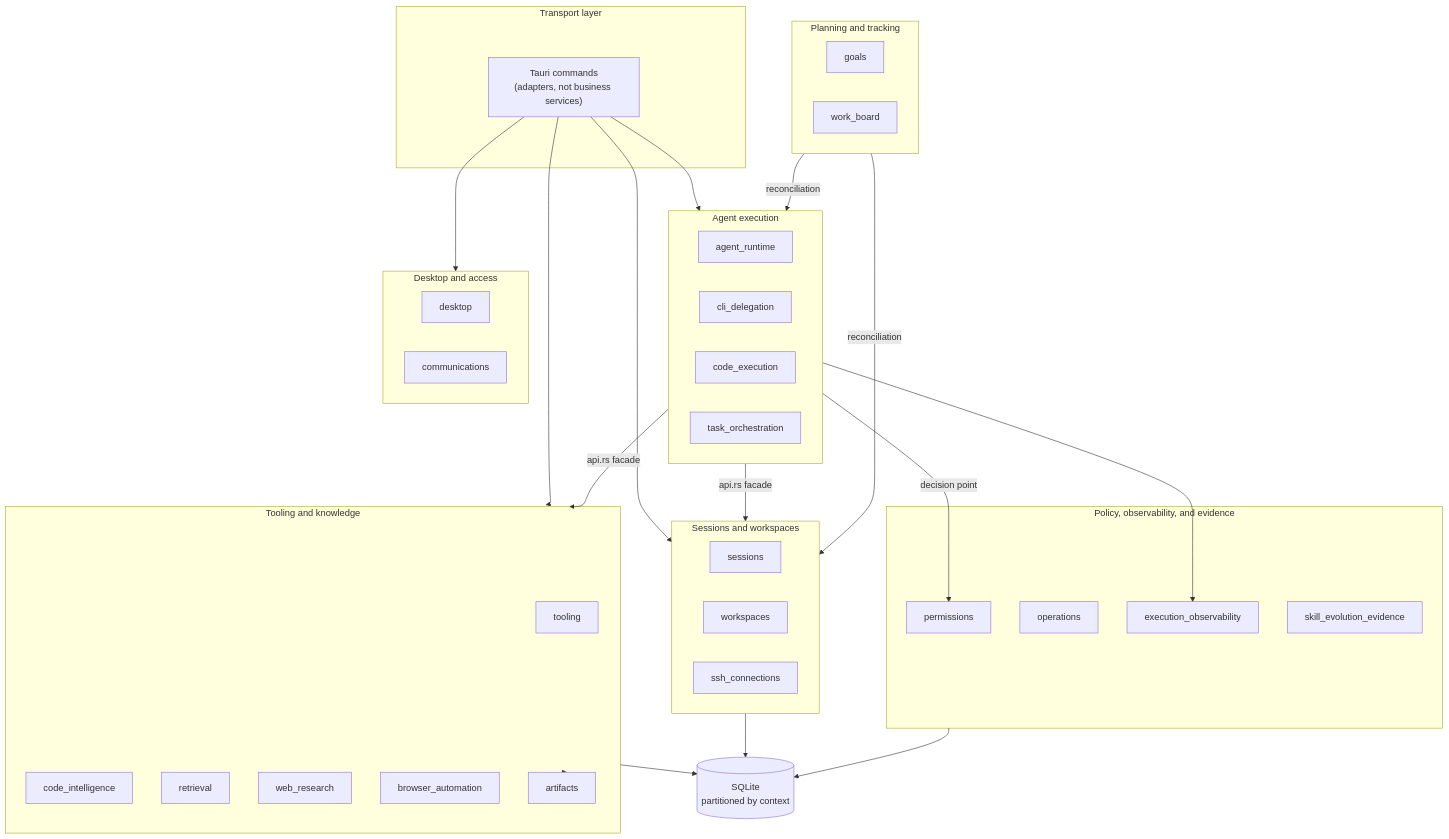
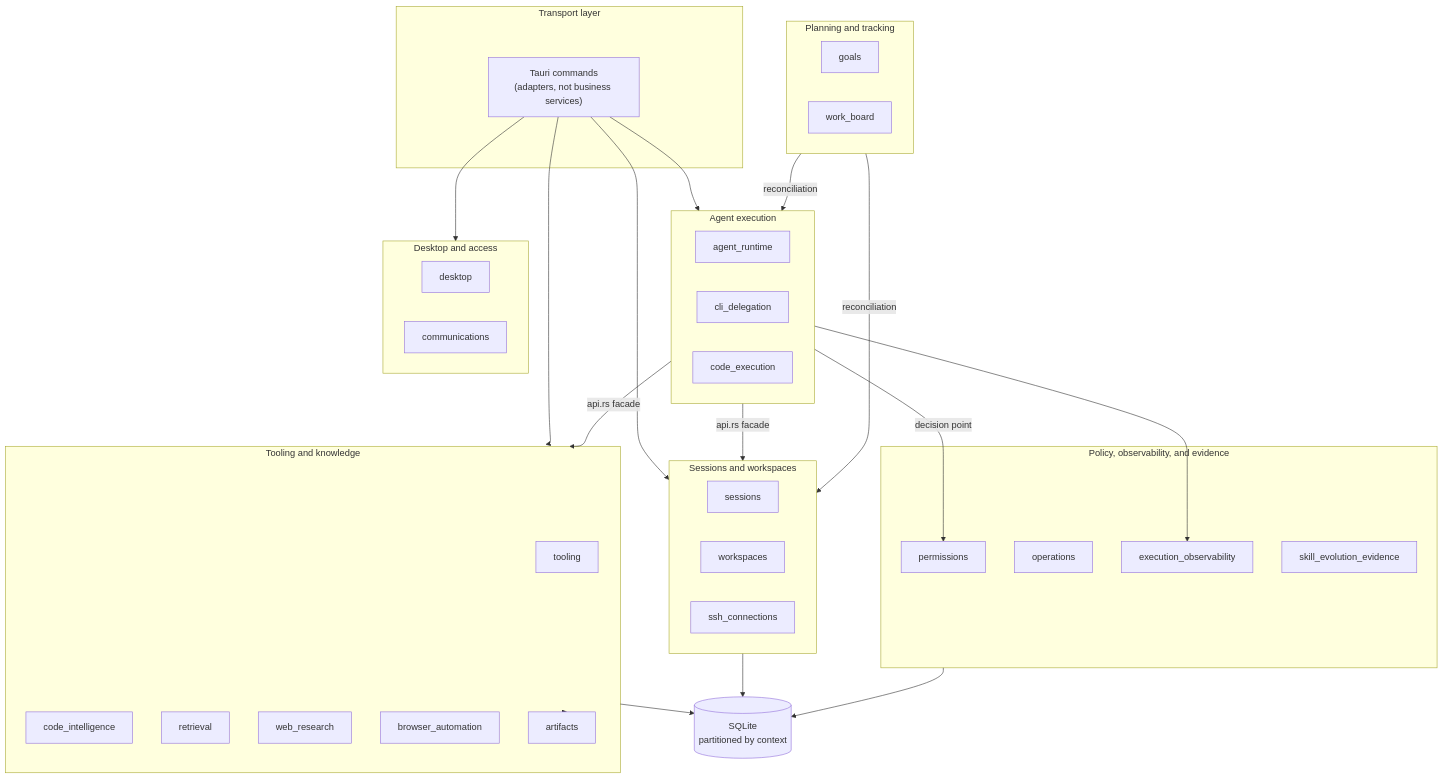
One commit to cdavid817/vanehub-ai changed the diagram in docs/developer-guide/src/native-contexts.md. Above: the diagram before and after it, drawn with Mermaid. The commit also changed other lines of this file and 238 other files, not shown here.

````diff
--- a/docs/developer-guide/src/native-contexts.md
+++ b/docs/developer-guide/src/native-contexts.md
@@ -7,60 +7,59 @@
 ```mermaid
 flowchart TB
   subgraph Transport["Transport layer"]
     CMD["Tauri commands<br/>(adapters, not business services)"]
   end
 
   subgraph Exec["Agent execution"]
     AR[agent_runtime]
     CD[cli_delegation]
     CE[code_execution]
-    TO[task_orchestration]
   end
 
   subgraph Work["Sessions and workspaces"]
     SE[sessions]
     WS[workspaces]
     SSH[ssh_connections]
   end
 
   subgraph Tools["Tooling and knowledge"]
     TL[tooling]
     CI[code_intelligence]
     RE[retrieval]
     WR[web_research]
     BA[browser_automation]
     AF[artifacts]
   end
 
   subgraph Policy["Policy, observability, and evidence"]
     PM[permissions]
     OP[operations]
     EO[execution_observability]
     SEE[skill_evolution_evidence]
   end
 
   subgraph Track["Planning and tracking"]
     GO[goals]
     WB[work_board]
   end
 
   subgraph Shell["Desktop and access"]
     DE[desktop]
     CO[communications]
   end
 
   CMD --> Exec
   CMD --> Work
   CMD --> Tools
   CMD --> Shell
   Exec -->|"api.rs facade"| Work
   Exec -->|"api.rs facade"| Tools
   Exec -->|"decision point"| PM
   Exec --> EO
   Track -->|"reconciliation"| Work
   Track -->|"reconciliation"| Exec
   Tools --> AF
   Work --> DB[("SQLite<br/>partitioned by context")]
   Tools --> DB
   Policy --> DB
 ```
````
